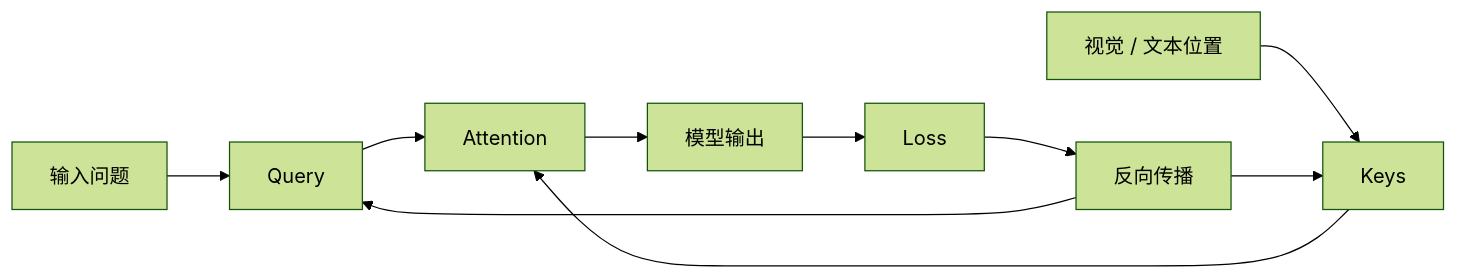
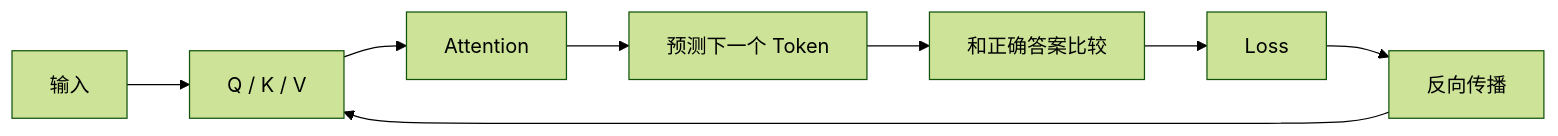
The second of 3 diagrams in docs/03_attention/index.md (lizuyi-6/day0), drawn with Mermaid (forest theme) before and after one commit. The commit also changed other lines of this file, not shown here.

Commit message:
docs: expand Transformer and Attention chapter

````diff
--- a/docs/03_attention/index.md
+++ b/docs/03_attention/index.md
@@ -99,12 +203,10 @@
 ```mermaid
 flowchart LR
-    A[输入问题] --> B[Query]
-    C[视觉 / 文本位置] --> D[Keys]
-    B --> E[Attention]
-    D --> E
-    E --> F[模型输出]
-    F --> G[Loss]
-    G --> H[反向传播]
-    H --> B
-    H --> D
+    A[输入] --> B[Q / K / V]
+    B --> C[Attention]
+    C --> D[预测下一个 Token]
+    D --> E[和正确答案比较]
+    E --> F[Loss]
+    F --> G[反向传播]
+    G --> B
 ```
````
